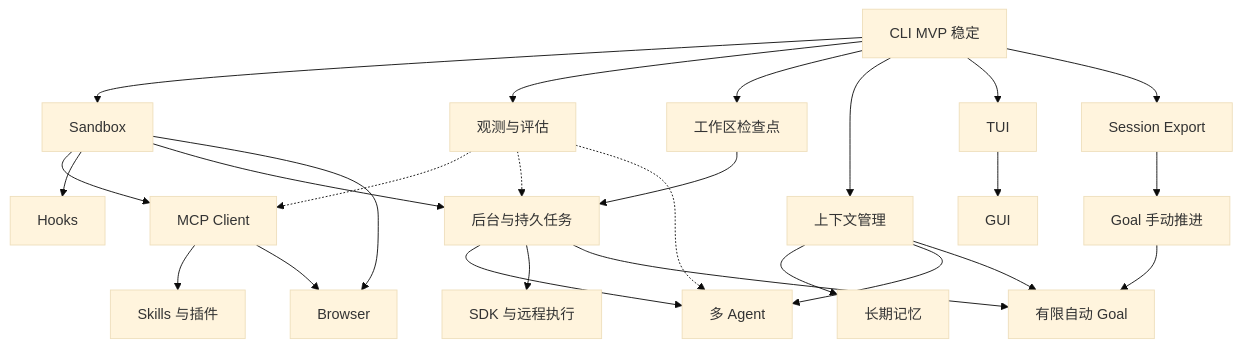
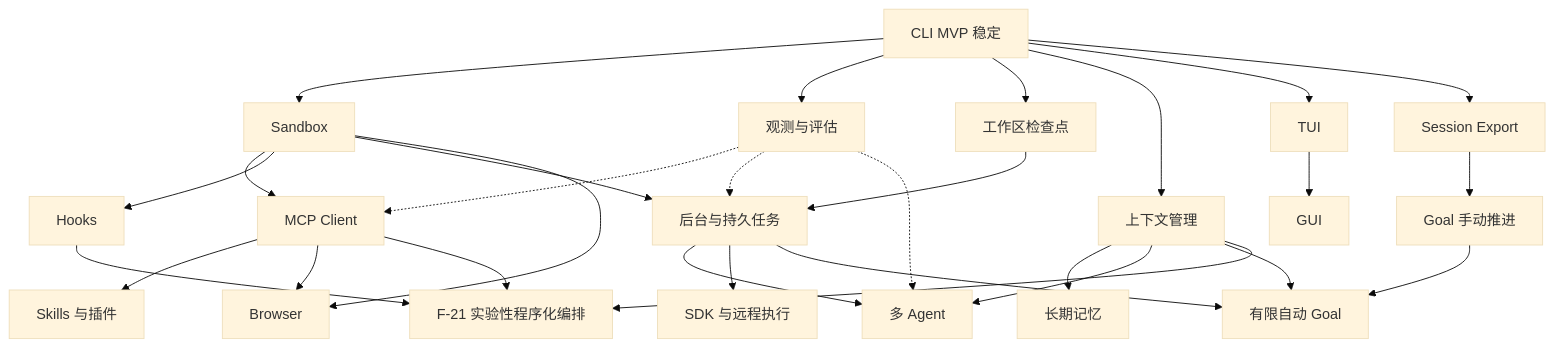
The diagram in docs/capability-roadmap.md (Ariakage/saya-harness), drawn with Mermaid (base theme) before and after one commit. The commit also changed other lines of this file and 6 other files, not shown here.

````diff
--- a/docs/capability-roadmap.md
+++ b/docs/capability-roadmap.md
@@ -26,28 +26,31 @@
 ```mermaid
 flowchart TD
     M[CLI MVP 稳定] --> S[Sandbox]
     M --> O[观测与评估]
     S --> C[MCP Client]
     C --> P[Skills 与插件]
     S --> H[Hooks]
     M --> W[工作区检查点]
     M --> X[上下文管理]
     X --> K[长期记忆]
     S --> J[后台与持久任务]
     W --> J
     J --> A[多 Agent]
     X --> A
     J --> R[SDK 与远程执行]
     M --> T[TUI]
     T --> G[GUI]
     M --> E[Session Export]
     E --> GM[Goal 手动推进]
     GM --> GA[有限自动 Goal]
     X --> GA
     J --> GA
     S --> BR[Browser]
     C --> BR
+    C --> CM[F-21 实验性程序化编排]
+    X --> CM
+    H --> CM
     O -.-> C
     O -.-> J
     O -.-> A
 ```
````
